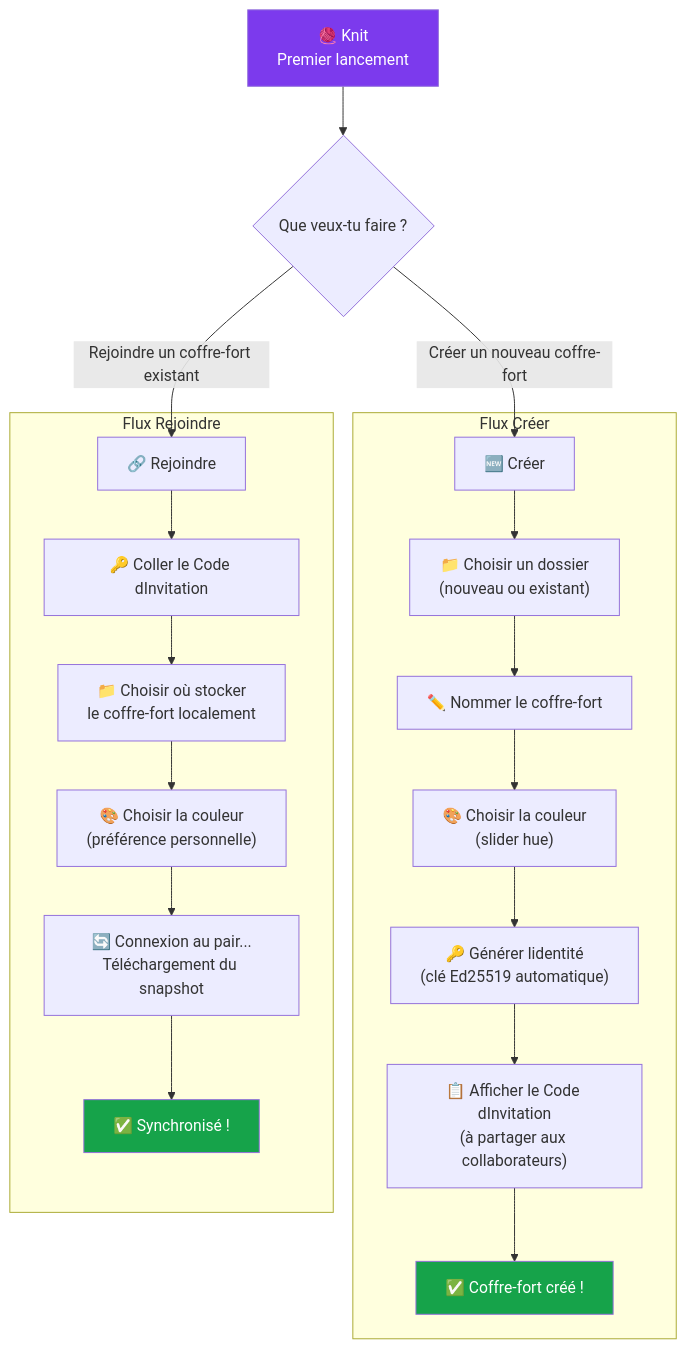
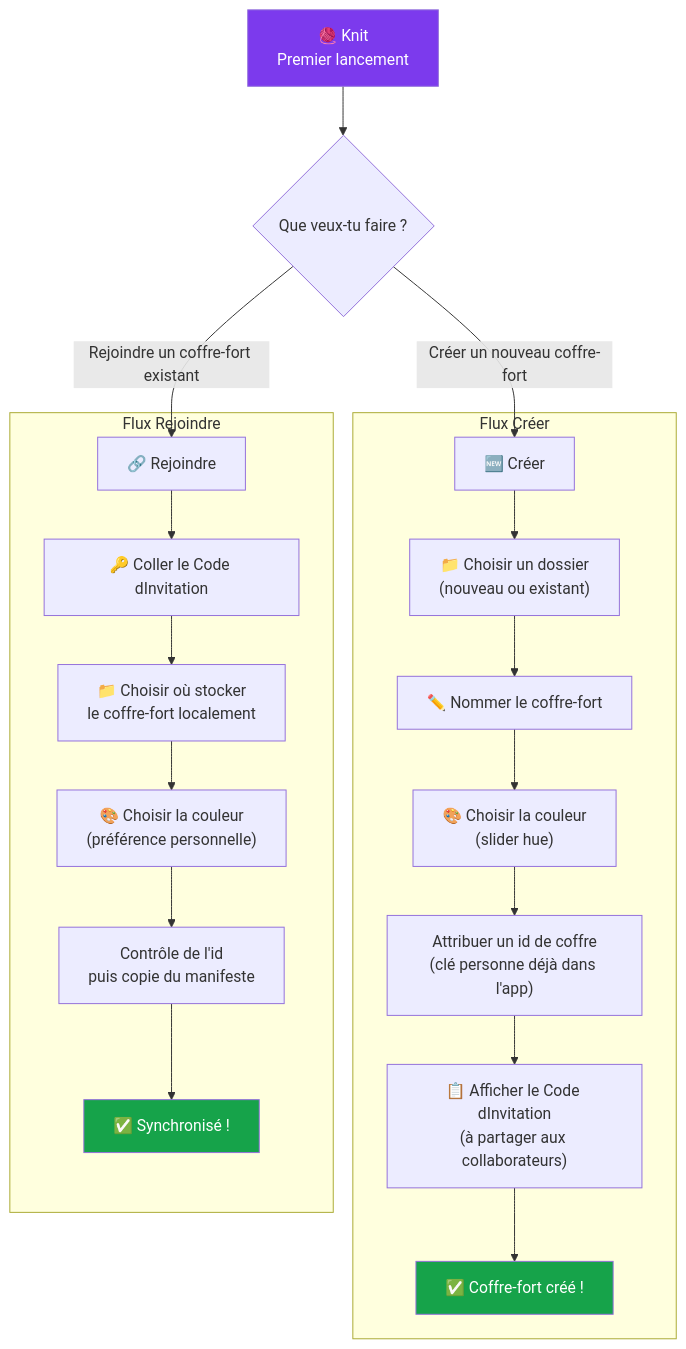
Before and after one commit to Domaine-Tech/knit: the seventh of 8 diagrams in docs/SOLUTIONS.md, drawn with Mermaid. The commit also changed other lines of this file and 12 other files, not shown here.

````diff
--- a/docs/SOLUTIONS.md
+++ b/docs/SOLUTIONS.md
@@ -402,28 +401,28 @@
 ```mermaid
 graph TD
     START["🧶 Knit<br/>Premier lancement"] --> CHOICE{"Que veux-tu faire ?"}
 
     CHOICE -->|"Créer un nouveau coffre-fort"| CREATE["🆕 Créer"]
     CHOICE -->|"Rejoindre un coffre-fort existant"| JOIN["🔗 Rejoindre"]
 
     subgraph "Flux Créer"
         CREATE --> C1["📁 Choisir un dossier<br/>(nouveau ou existant)"]
         C1 --> C2["✏️ Nommer le coffre-fort"]
         C2 --> C3["🎨 Choisir la couleur<br/>(slider hue)"]
-        C3 --> C4["🔑 Générer lidentité<br/>(clé Ed25519 automatique)"]
+        C3 --> C4["Attribuer un id de coffre<br/>(clé personne déjà dans l'app)"]
         C4 --> C5["📋 Afficher le Code dInvitation<br/>(à partager aux collaborateurs)"]
         C5 --> C6["✅ Coffre-fort créé !"]
     end
 
     subgraph "Flux Rejoindre"
         JOIN --> J1["🔑 Coller le Code dInvitation"]
         J1 --> J2["📁 Choisir où stocker<br/>le coffre-fort localement"]
         J2 --> J3["🎨 Choisir la couleur<br/>(préférence personnelle)"]
-        J3 --> J4["🔄 Connexion au pair...<br/>Téléchargement du snapshot"]
+        J3 --> J4["Contrôle de l'id<br/>puis copie du manifeste"]
         J4 --> J5["✅ Synchronisé !"]
     end
 
     style START fill:#7C3AED,color:#fff
     style C6 fill:#16A34A,color:#fff
     style J5 fill:#16A34A,color:#fff
 ```
````
